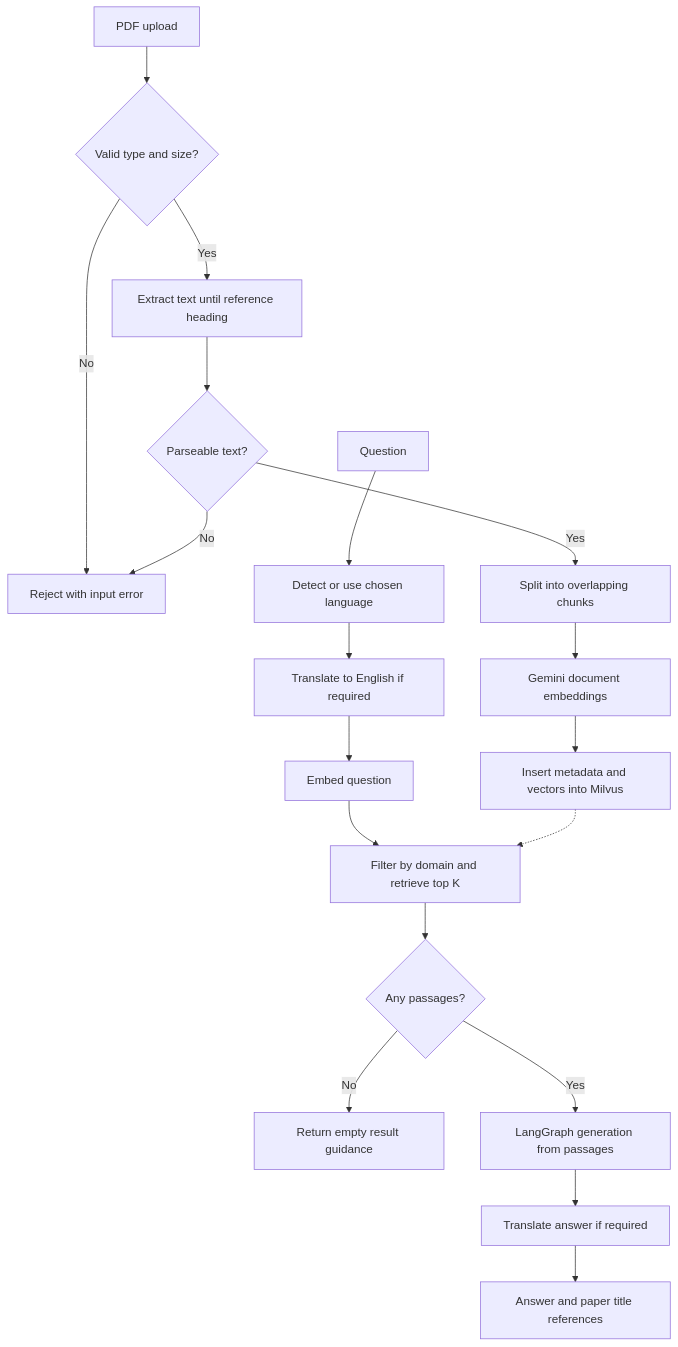
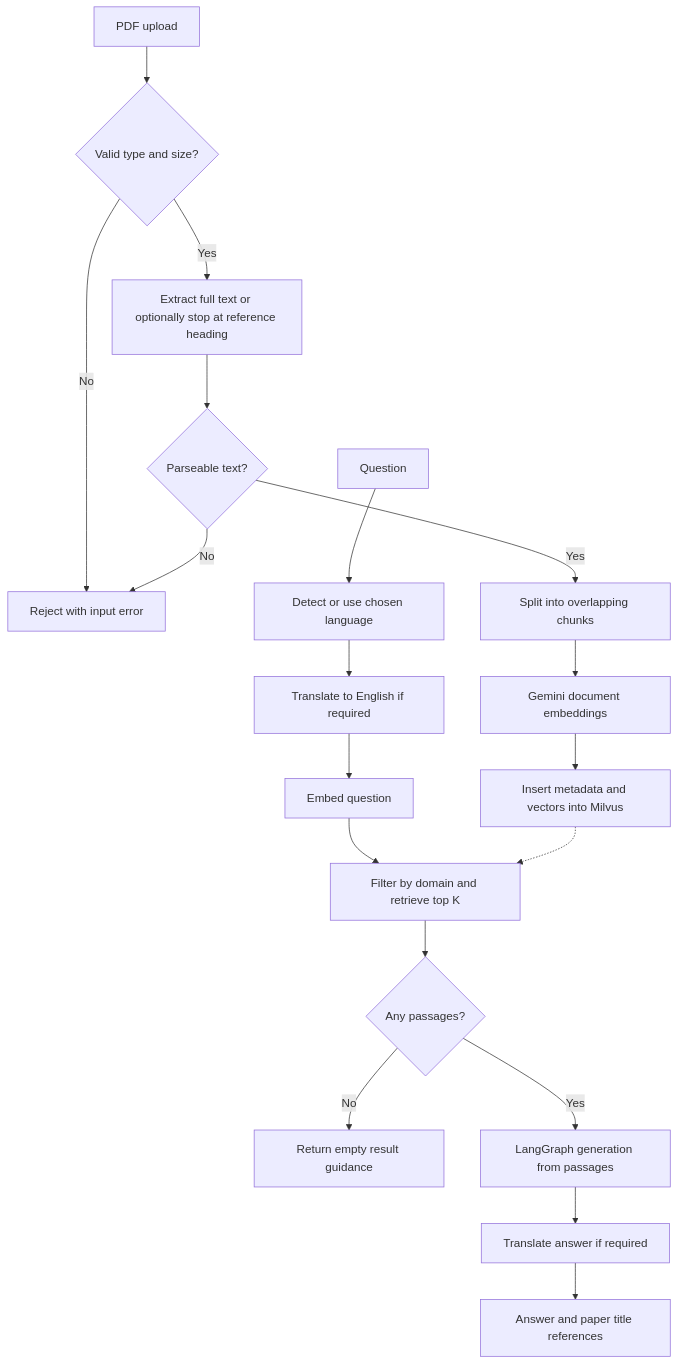
The third of 3 diagrams in docs/ARCHITECTURE.md (ManeswarSahu11/between-papers), drawn with Mermaid before and after one commit. The commit also changed other lines of this file and 14 other files, not shown here.

````diff
--- a/docs/ARCHITECTURE.md
+++ b/docs/ARCHITECTURE.md
@@ -51,21 +51,21 @@
 ```mermaid
 flowchart TD
     P[PDF upload] --> V{Valid type and size?}
     V -->|No| E[Reject with input error]
-    V -->|Yes| X[Extract text until reference heading]
+    V -->|Yes| X[Extract full text or optionally stop at reference heading]
     X --> C{Parseable text?}
     C -->|No| E
     C -->|Yes| S[Split into overlapping chunks]
     S --> B[Gemini document embeddings]
     B --> I[Insert metadata and vectors into Milvus]
     Q[Question] --> L[Detect or use chosen language]
     L --> EN[Translate to English if required]
     EN --> QE[Embed question]
     QE --> D[Filter by domain and retrieve top K]
     I -.-> D
     D --> H{Any passages?}
     H -->|No| N[Return empty result guidance]
     H -->|Yes| G[LangGraph generation from passages]
     G --> O[Translate answer if required]
     O --> R[Answer and paper title references]
 ```
````
